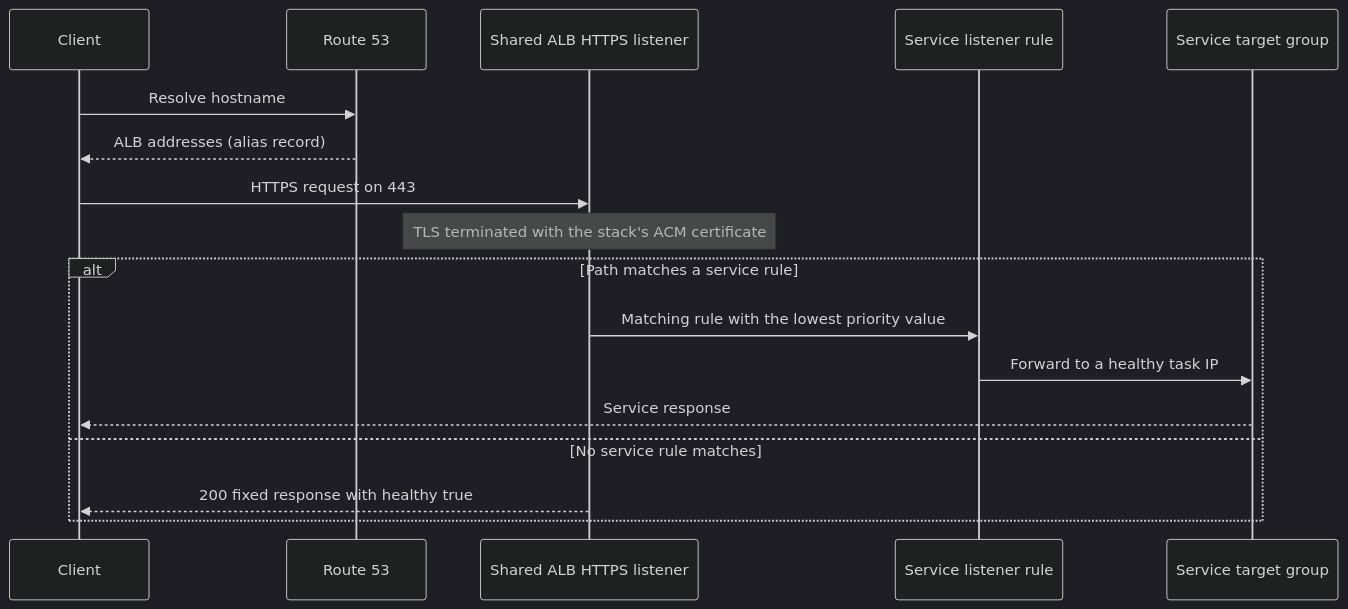
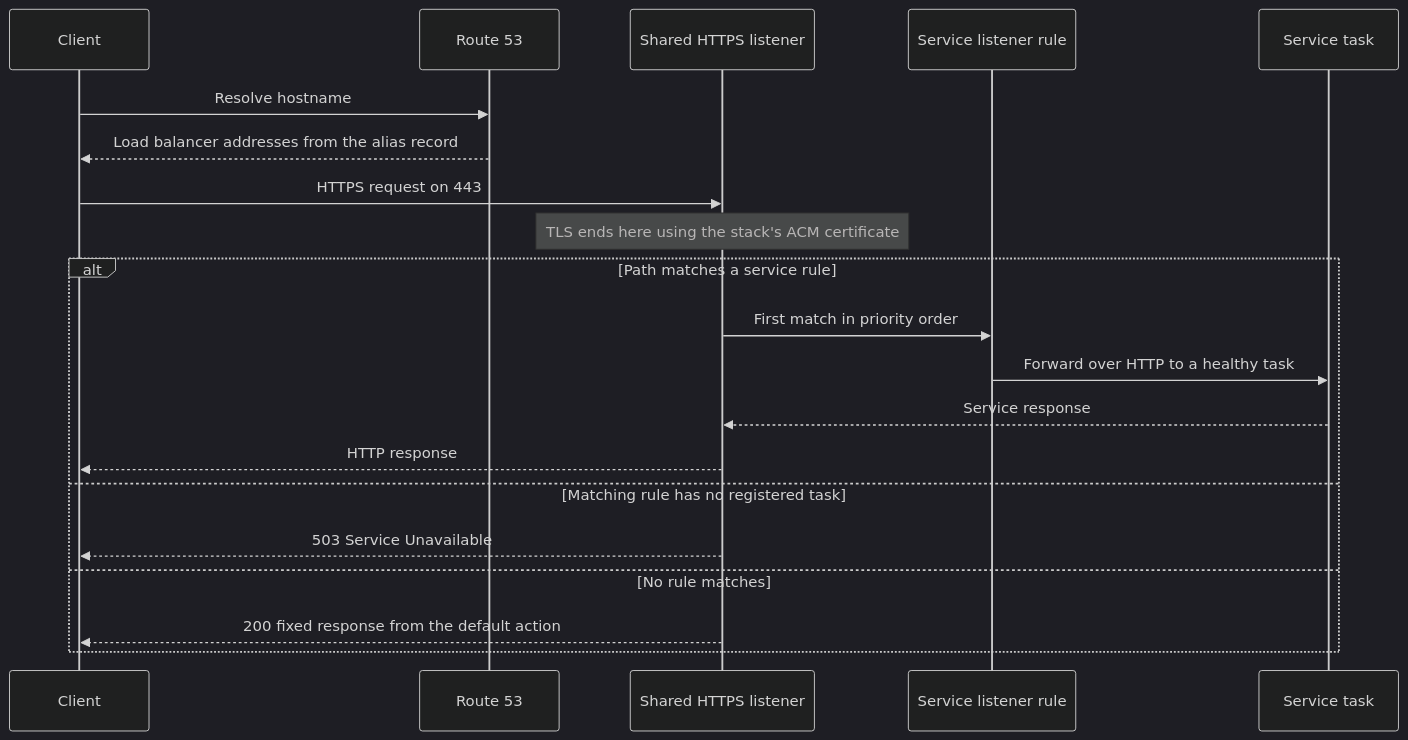
Before and after one commit to ServerlessOpsIO/backstage-aws-sam-ecs-template: the fourth of 8 diagrams in cluster/skeleton/docs/handbook/04-architecture.md, drawn with Mermaid (dark theme). The commit also changed other lines of this file and 7 other files, not shown here.

````diff
--- a/cluster/skeleton/docs/handbook/04-architecture.md
+++ b/cluster/skeleton/docs/handbook/04-architecture.md
@@ -46,20 +106,23 @@
 ```mermaid
 sequenceDiagram
     participant Client
     participant DNS as Route 53
-    participant ALB as Shared ALB HTTPS listener
+    participant Listener as Shared HTTPS listener
     participant Rule as Service listener rule
-    participant Target as Service target group
+    participant Task as Service task
 
     Client->>DNS: Resolve hostname
-    DNS-->>Client: ALB addresses (alias record)
-    Client->>ALB: HTTPS request on 443
-    Note over ALB: TLS terminated with the stack's ACM certificate
+    DNS-->>Client: Load balancer addresses from the alias record
+    Client->>Listener: HTTPS request on 443
+    Note over Listener: TLS ends here using the stack's ACM certificate
     alt Path matches a service rule
-        ALB->>Rule: Matching rule with the lowest priority value
-        Rule->>Target: Forward to a healthy task IP
-        Target-->>Client: Service response
-    else No service rule matches
-        ALB-->>Client: 200 fixed response with healthy true
+        Listener->>Rule: First match in priority order
+        Rule->>Task: Forward over HTTP to a healthy task
+        Task-->>Listener: Service response
+        Listener-->>Client: HTTP response
+    else Matching rule has no registered task
+        Listener-->>Client: 503 Service Unavailable
+    else No rule matches
+        Listener-->>Client: 200 fixed response from the default action
     end
 ```
````
